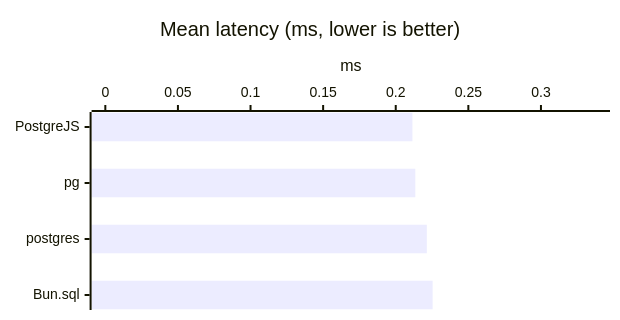
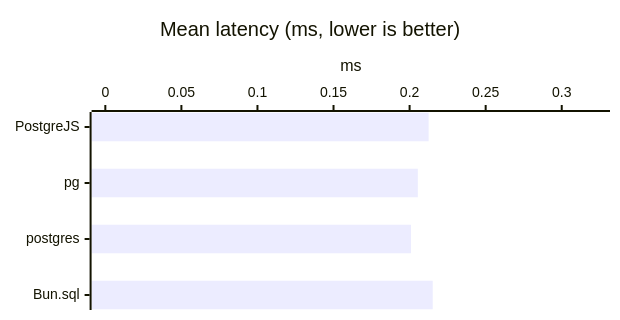
One commit to panates/postgrejs-doc changed the fourth of 56 diagrams in docs/getting-started/benchmarks-bun.md. Above: the diagram before and after it, drawn with Mermaid. The commit also changed other lines of this file and 24 other files, not shown here.

````diff
--- a/docs/getting-started/benchmarks-bun.md
+++ b/docs/getting-started/benchmarks-bun.md
@@ -167,8 +167,8 @@
 ```mermaid
 %%{init: {'xyChart': {'width': 600, 'height': 300, 'chartOrientation': 'horizontal'}}}%%
 xychart-beta
     title "Mean latency (ms, lower is better)"
     x-axis ["PostgreJS", "pg", "postgres", "Bun.sql"]
-    y-axis "ms" 0.0000 --> 0.3381
-    bar [0.2115, 0.2135, 0.2214, 0.2254]
+    y-axis "ms" 0.0000 --> 0.3227
+    bar [0.2125, 0.2054, 0.2009, 0.2152]
 ```
````
